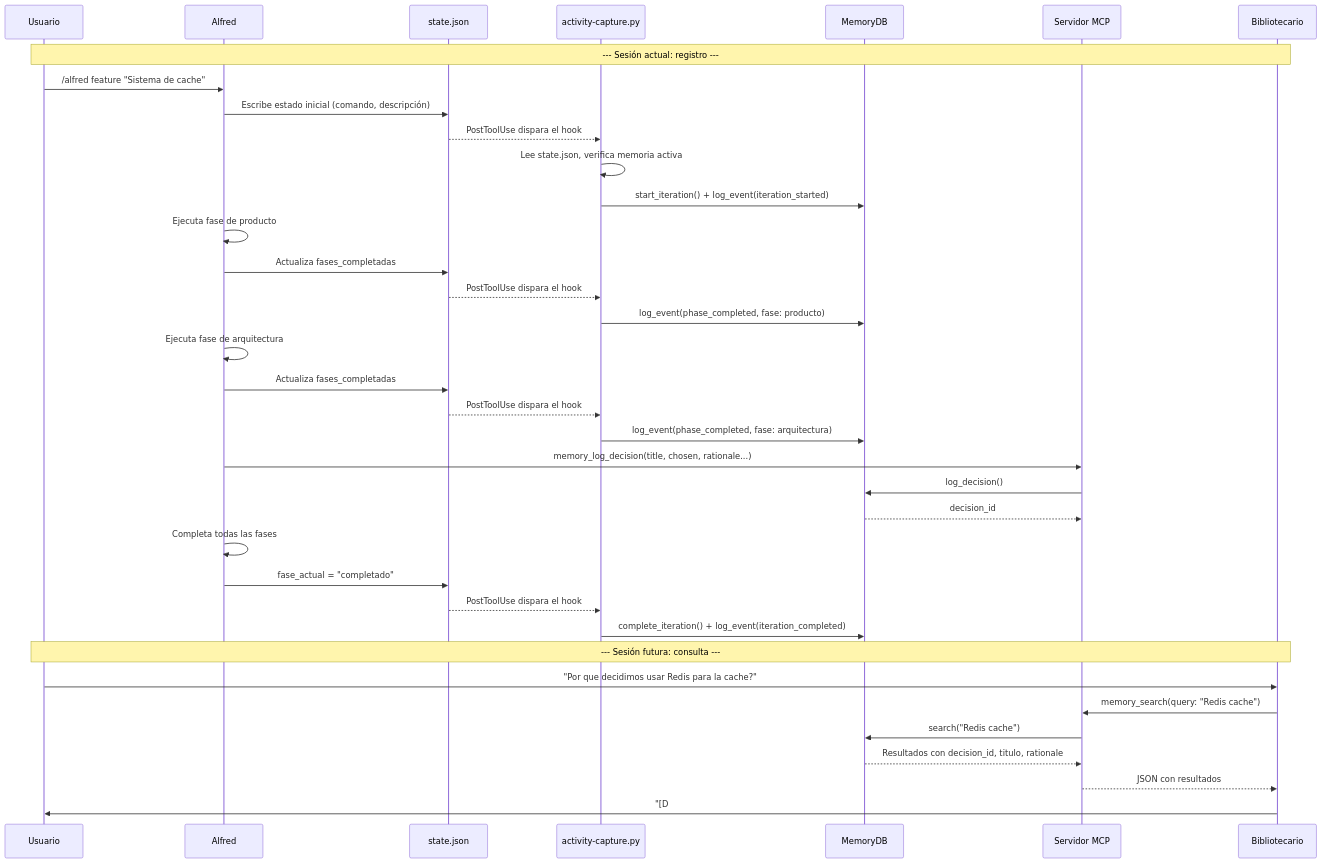
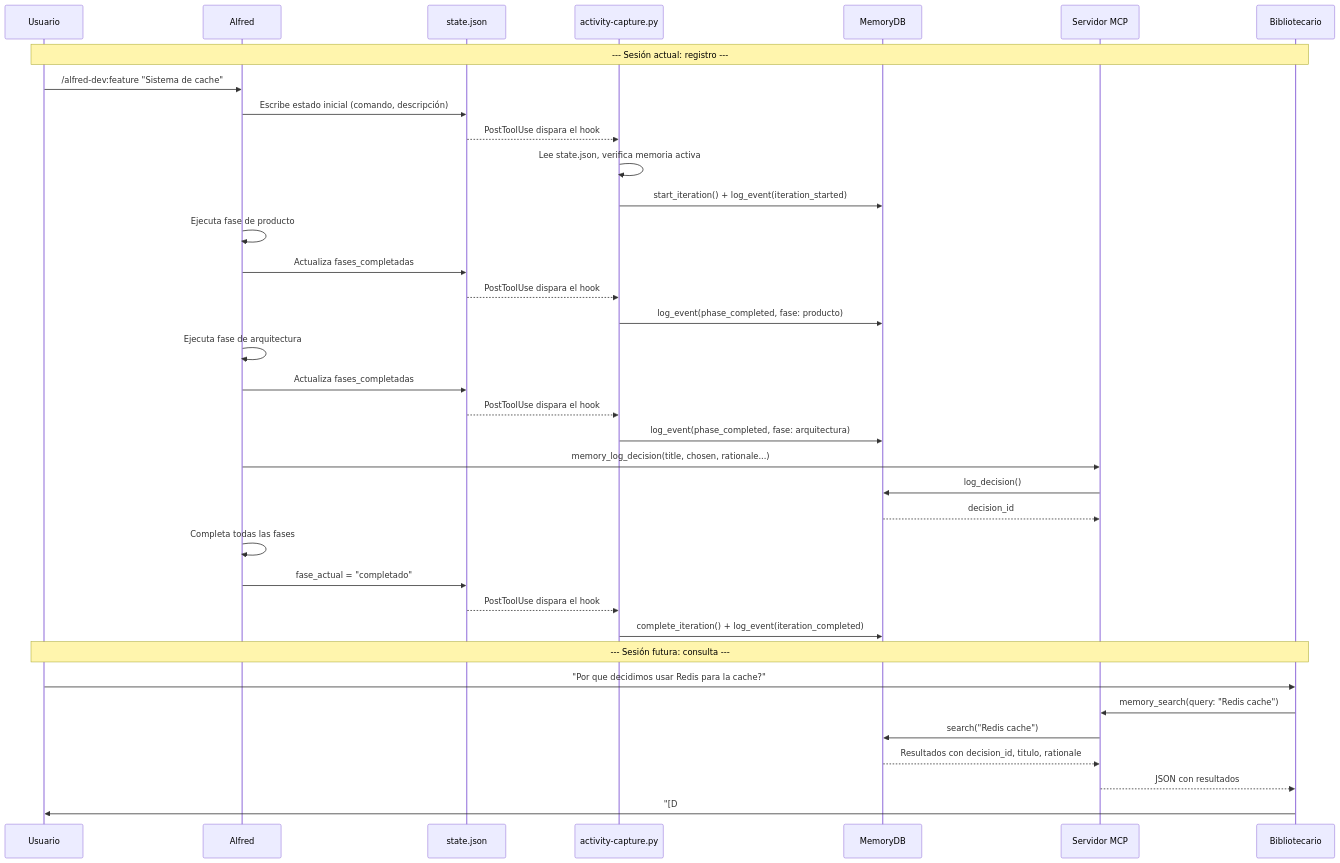
The second of 2 diagrams in docs/memory.md (686f6c61/alfred-dev), drawn with Mermaid before and after one commit. The commit also changed other lines of this file and 85 other files, not shown here.

````diff
--- a/docs/memory.md
+++ b/docs/memory.md
@@ -403,46 +403,46 @@
 ```mermaid
 sequenceDiagram
     participant U as Usuario
     participant A as Alfred
     participant S as state.json
     participant H as activity-capture.py
     participant DB as MemoryDB
     participant MCP as Servidor MCP
     participant B as Bibliotecario
 
     Note over U,B: --- Sesión actual: registro ---
 
-    U->>A: /alfred feature "Sistema de cache"
+    U->>A: /alfred-dev:feature "Sistema de cache"
     A->>S: Escribe estado inicial (comando, descripción)
     S-->>H: PostToolUse dispara el hook
     H->>H: Lee state.json, verifica memoria activa
     H->>DB: start_iteration() + log_event(iteration_started)
 
     A->>A: Ejecuta fase de producto
     A->>S: Actualiza fases_completadas
     S-->>H: PostToolUse dispara el hook
     H->>DB: log_event(phase_completed, fase: producto)
 
     A->>A: Ejecuta fase de arquitectura
     A->>S: Actualiza fases_completadas
     S-->>H: PostToolUse dispara el hook
     H->>DB: log_event(phase_completed, fase: arquitectura)
 
     A->>MCP: memory_log_decision(title, chosen, rationale...)
     MCP->>DB: log_decision()
     DB-->>MCP: decision_id
 
     A->>A: Completa todas las fases
     A->>S: fase_actual = "completado"
     S-->>H: PostToolUse dispara el hook
     H->>DB: complete_iteration() + log_event(iteration_completed)
 
     Note over U,B: --- Sesión futura: consulta ---
 
     U->>B: "Por que decidimos usar Redis para la cache?"
     B->>MCP: memory_search(query: "Redis cache")
     MCP->>DB: search("Redis cache")
     DB-->>MCP: Resultados con decision_id, titulo, rationale
     MCP-->>B: JSON con resultados
     B->>U: "[D#14] Se eligio Redis porque..."
 ```
````
